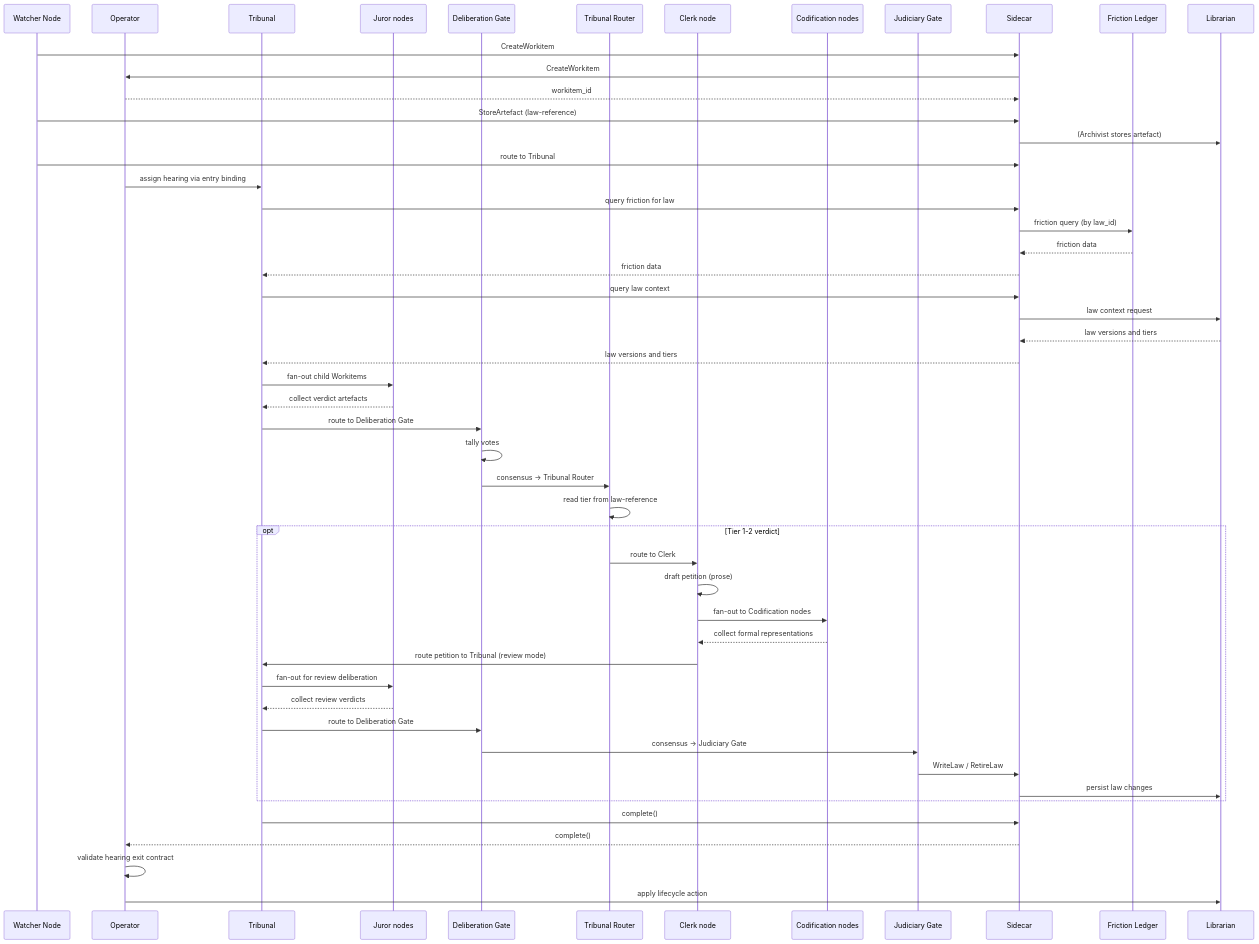
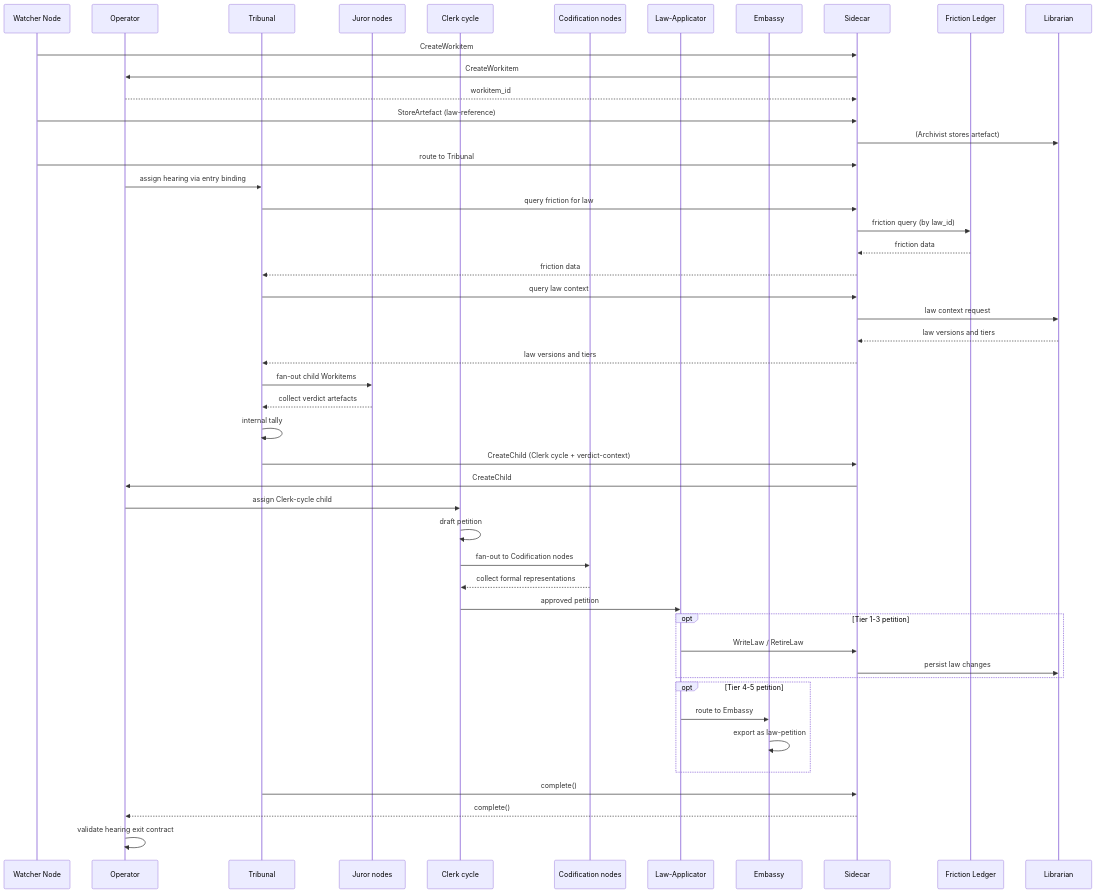
One commit to really-knows-ai/gideas changed the fourth of 4 diagrams in specs/02-flow/04-system-services.md. Above: the diagram before and after it, drawn with Mermaid. The commit also changed other lines of this file and 28 other files, not shown here.

````diff
--- a/specs/02-flow/04-system-services.md
+++ b/specs/02-flow/04-system-services.md
@@ -373,54 +372,51 @@
 ```mermaid
 sequenceDiagram
     participant WN as Watcher Node
     participant OP as Operator
     participant TB as Tribunal
     participant JR as Juror nodes
-    participant DG as Deliberation Gate
-    participant TR as Tribunal Router
-    participant CL as Clerk node
+    participant CL as Clerk cycle
     participant CN as Codification nodes
-    participant JG as Judiciary Gate
+    participant LA as Law-Applicator
+    participant EM as Embassy
     participant SC as Sidecar
     participant FL as Friction Ledger
     participant LB as Librarian
 
     WN->>SC: CreateWorkitem
     SC->>OP: CreateWorkitem
     OP-->>SC: workitem_id
     WN->>SC: StoreArtefact (law-reference)
     SC->>LB: (Archivist stores artefact)
     WN->>SC: route to Tribunal
     OP->>TB: assign hearing via entry binding
     TB->>SC: query friction for law
     SC->>FL: friction query (by law_id)
     FL-->>SC: friction data
     SC-->>TB: friction data
     TB->>SC: query law context
     SC->>LB: law context request
     LB-->>SC: law versions and tiers
     SC-->>TB: law versions and tiers
     TB->>JR: fan-out child Workitems
     JR-->>TB: collect verdict artefacts
-    TB->>DG: route to Deliberation Gate
-    DG->>DG: tally votes
-    DG->>TR: consensus -> Tribunal Router
-    TR->>TR: read tier from law-reference
-    opt Tier 1-2 verdict
-        TR->>CL: route to Clerk
-        CL->>CL: draft petition (prose)
-        CL->>CN: fan-out to Codification nodes
-        CN-->>CL: collect formal representations
-        CL->>TB: route petition to Tribunal (review mode)
-        TB->>JR: fan-out for review deliberation
-        JR-->>TB: collect review verdicts
-        TB->>DG: route to Deliberation Gate
-        DG->>JG: consensus -> Judiciary Gate
-        JG->>SC: WriteLaw / RetireLaw
+    TB->>TB: internal tally
+    TB->>SC: CreateChild (Clerk cycle + verdict-context)
+    SC->>OP: CreateChild
+    OP->>CL: assign Clerk-cycle child
+    CL->>CL: draft petition
+    CL->>CN: fan-out to Codification nodes
+    CN-->>CL: collect formal representations
+    CL->>LA: approved petition
+    opt Tier 1-3 petition
+        LA->>SC: WriteLaw / RetireLaw
         SC->>LB: persist law changes
+    end
+    opt Tier 4-5 petition
+        LA->>EM: route to Embassy
+        EM->>EM: export as law-petition
     end
     TB->>SC: complete()
     SC-->>OP: complete()
     OP->>OP: validate hearing exit contract
-    OP->>LB: apply lifecycle action
 ```
````
